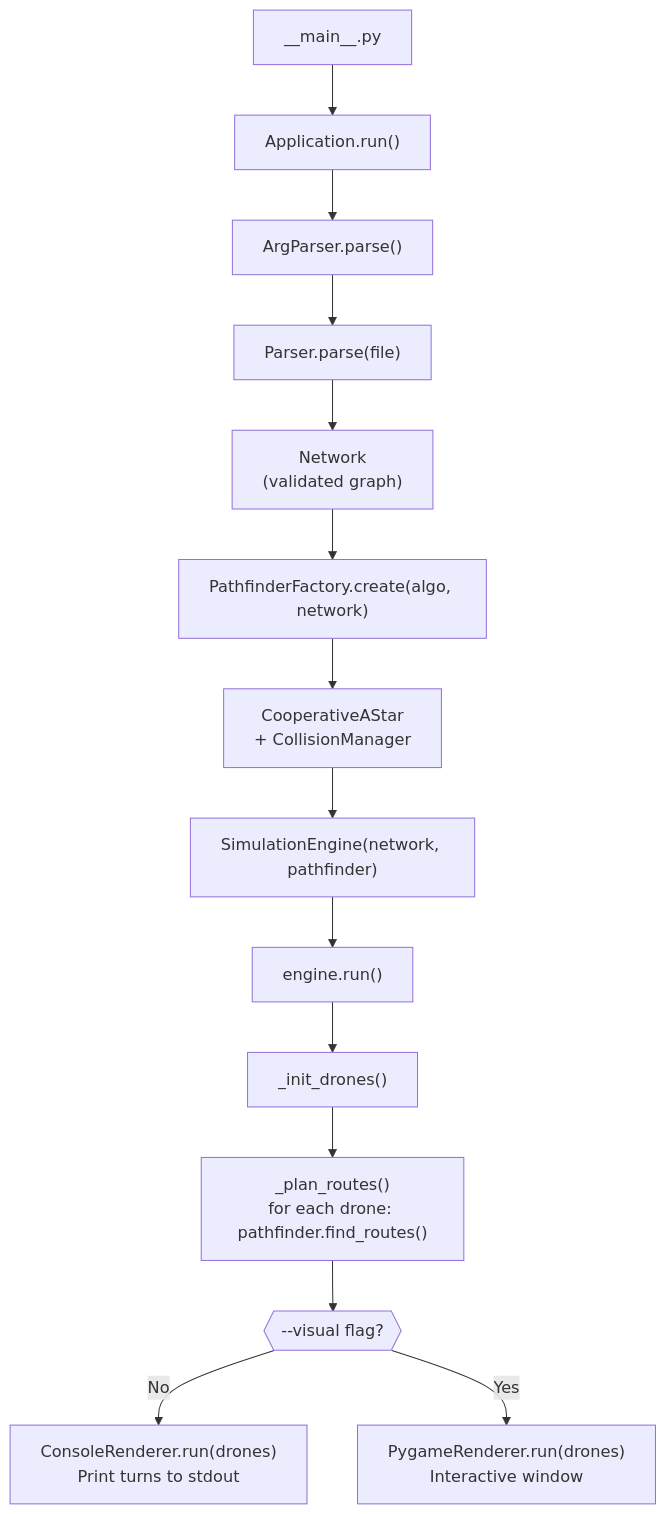
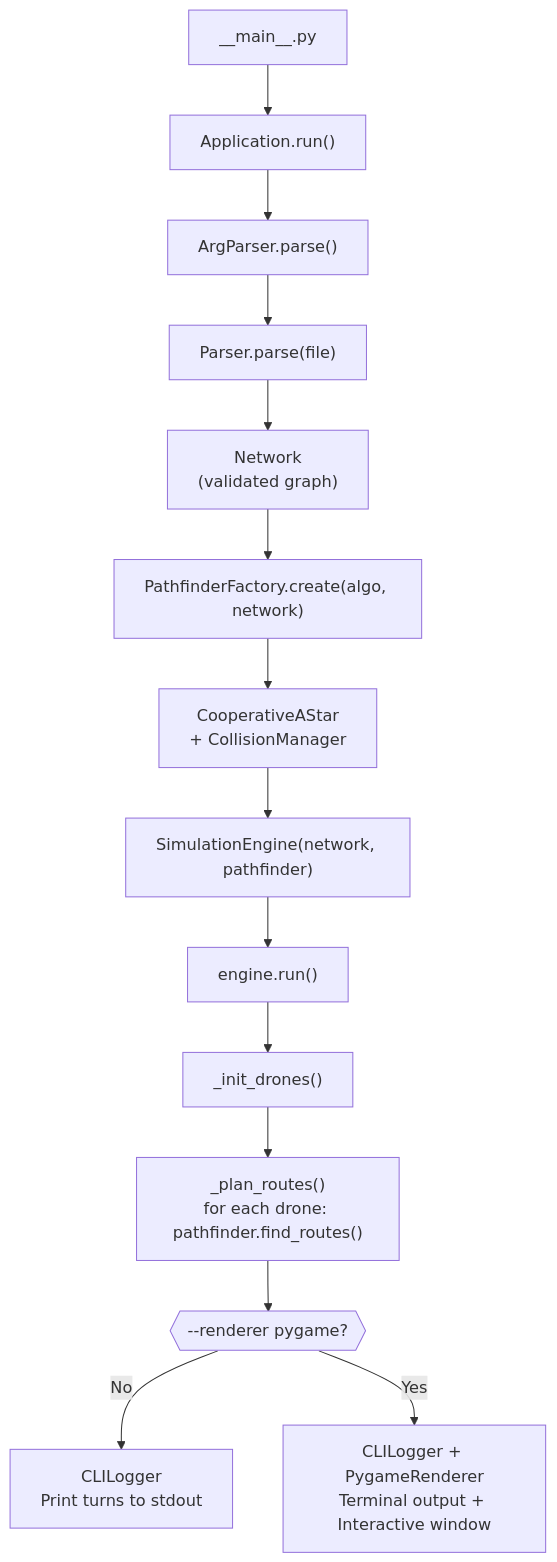
Before and after one commit to creerghost/fly-in: the second of 3 diagrams in README.md, drawn with Mermaid. The commit also changed other lines of this file, not shown here.

````diff
--- a/README.md
+++ b/README.md
@@ -259,16 +264,16 @@
 ```mermaid
 flowchart TD
     A["__main__.py"] --> B["Application.run()"]
     B --> C["ArgParser.parse()"]
     C --> D["Parser.parse(file)"]
     D --> E["Network\n(validated graph)"]
     E --> F["PathfinderFactory.create(algo, network)"]
     F --> G["CooperativeAStar\n+ CollisionManager"]
     G --> H["SimulationEngine(network, pathfinder)"]
     H --> I["engine.run()"]
     I --> I1["_init_drones()"]
     I1 --> I2["_plan_routes()\nfor each drone: pathfinder.find_routes()"]
-    I2 --> J{{"--visual flag?"}}
-    J -->|No| K["ConsoleRenderer.run(drones)\nPrint turns to stdout"]
-    J -->|Yes| L["PygameRenderer.run(drones)\nInteractive window"]
+    I2 --> J{{"--renderer pygame?"}}
+    J -->|No| K["CLILogger\nPrint turns to stdout"]
+    J -->|Yes| L["CLILogger + PygameRenderer\nTerminal output + Interactive window"]
 ```
````
